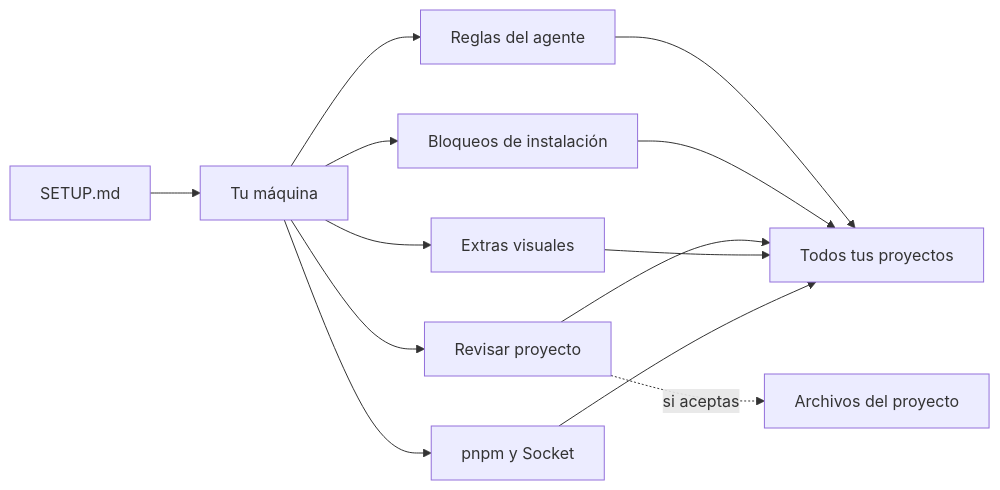
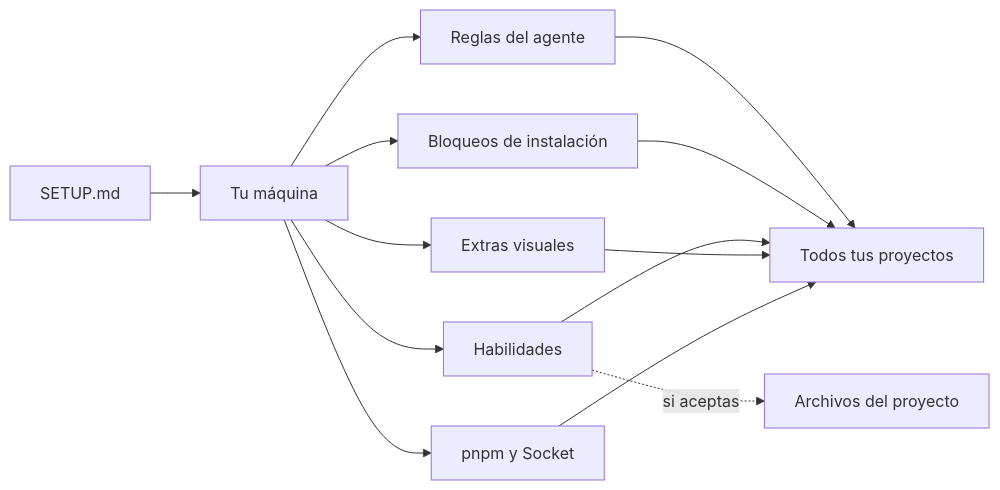
One commit to Valinova/agentes-listos changed the first of 2 diagrams in README.md. Above: the diagram before and after it, drawn with Mermaid. The commit also changed other lines of this file and 1 other file, not shown here.

First line of the commit message:
feat(setup): limpiar lo acumulado y presentar las habilidades

````diff
--- a/README.md
+++ b/README.md
@@ -17,11 +17,11 @@
 ```mermaid
 flowchart LR
     S[SETUP.md] --> M[Tu máquina]
     M --> A[Reglas del agente]
     M --> B[Bloqueos de instalación]
-    M --> C[Revisar proyecto]
+    M --> C[Habilidades]
     M --> D[Extras visuales]
     M --> E[pnpm y Socket]
     A & B & C & D & E --> P[Todos tus proyectos]
     C -.->|si aceptas| R[Archivos del proyecto]
 ```
````
